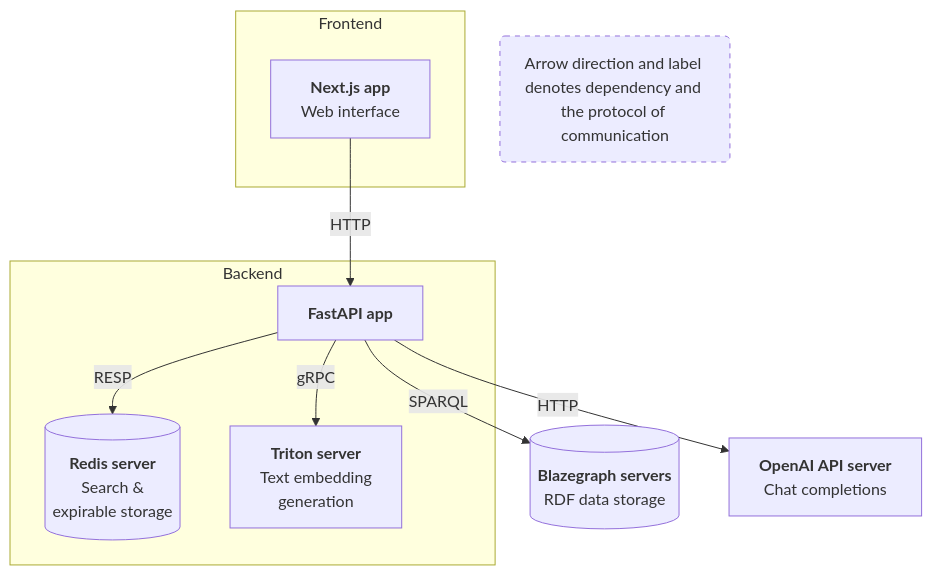
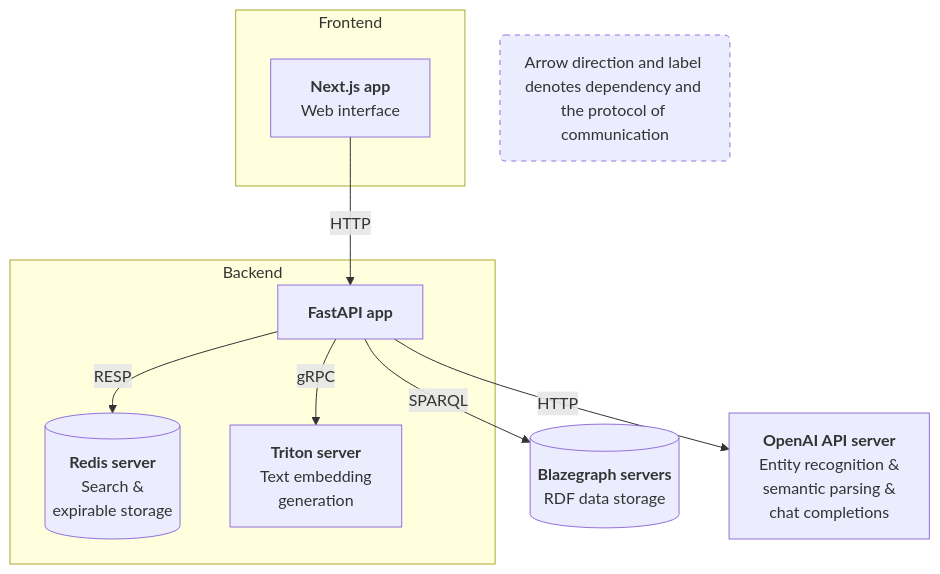
Before and after one commit to cambridge-cares/TheWorldAvatar: the first of 2 diagrams in QuestionAnswering/QA_ICL/README.md, drawn with Mermaid. The commit also changed other lines of this file, not shown here.

Commit message:
dev-qa-doc: fix description of openai api and add missing deployment step

````diff
--- a/QuestionAnswering/QA_ICL/README.md
+++ b/QuestionAnswering/QA_ICL/README.md
@@ -52,25 +52,25 @@
 ```mermaid
 graph TD
     subgraph Frontend
     next[<b>Next.js app</b><br/>Web interface]
     end
 
     subgraph Backend
     fastapi[<b>FastAPI app</b>]
     redis[(<b>Redis server</b><br/>Search &<br/>expirable storage)]
     triton[<b>Triton server</b><br/>Text embedding<br/>generation]
     end
 
     bg[(<b>Blazegraph servers</b><br/>RDF data storage)]
 
-    openai[<b>OpenAI API server</b><br/>Chat completions]
+    openai[<b>OpenAI API server</b><br/>Entity recognition &<br/> semantic parsing &<br/> chat completions]
 
     next -->|HTTP| fastapi
     fastapi -->|RESP| redis
     fastapi -->|gRPC| triton
     fastapi -->|SPARQL| bg
     fastapi -->|HTTP| openai
 
     note(Arrow direction and label denotes dependency and the protocol of communication)
     style note stroke-dasharray: 5 5
 ```
````
